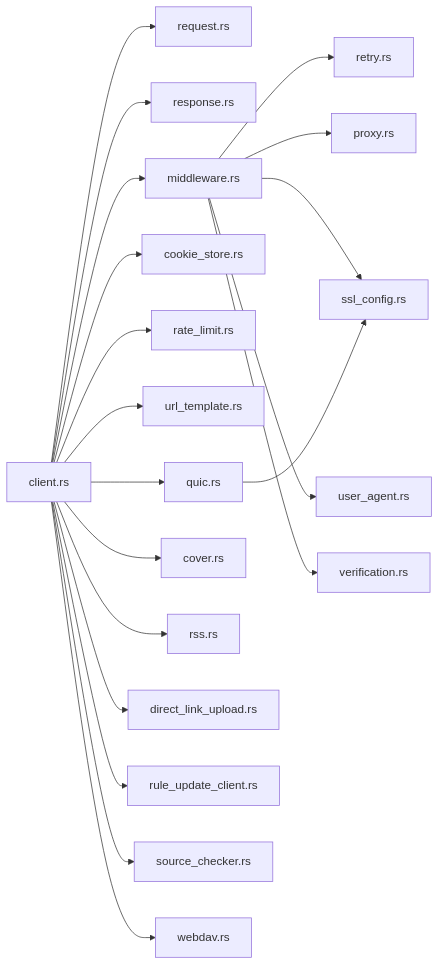
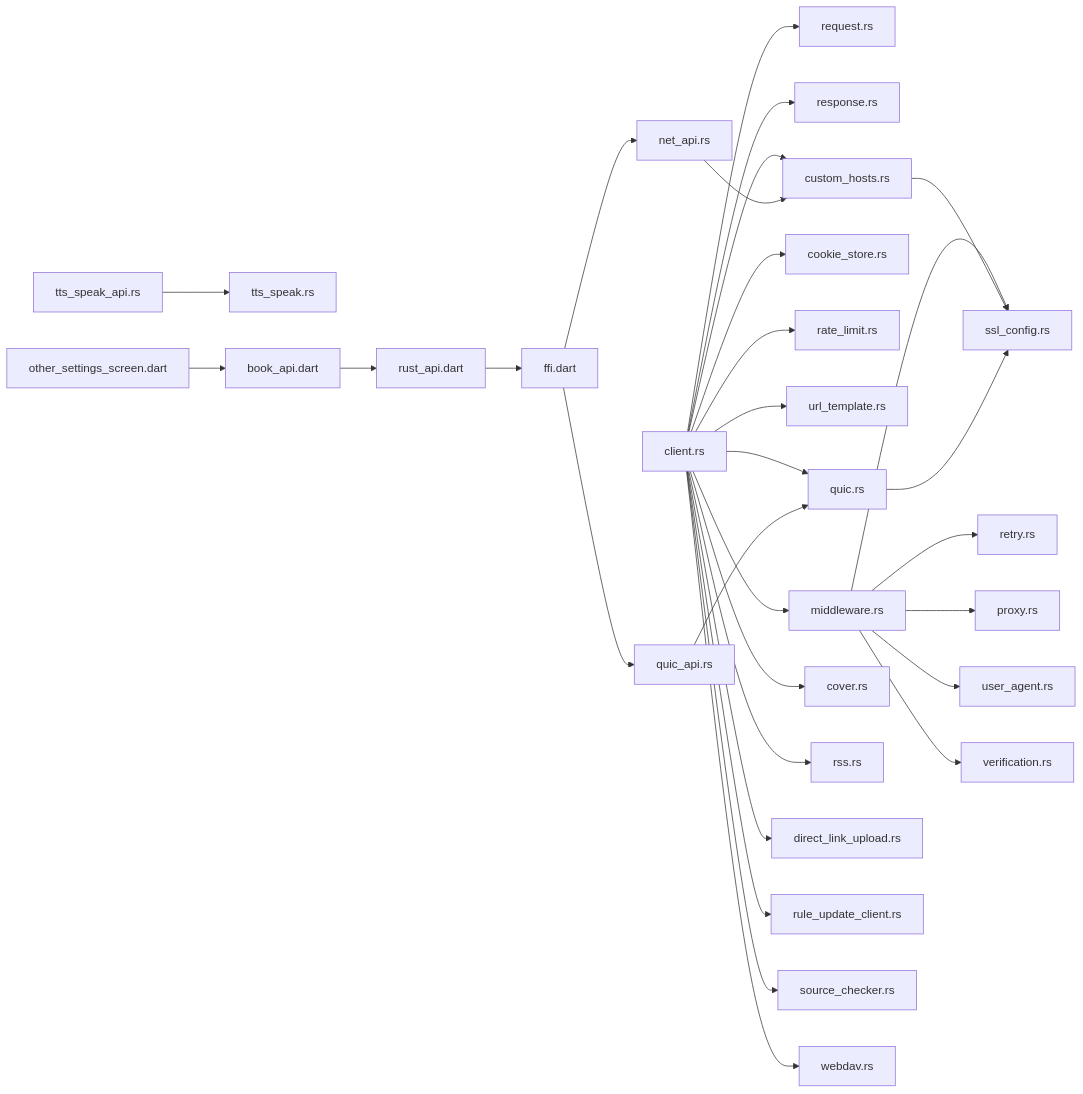
One commit to ZhangGHGitHub/LegadoTeamFlutter changed diagram 16 of 16 in .qoder/repowiki/zh/content/Rust核心库/网络层/网络层.md. Above: the diagram before and after it, drawn with Mermaid. The commit also changed other lines of this file and 173 other files, not shown here.

````diff
--- a/.qoder/repowiki/zh/content/Rust核心库/网络层/网络层.md
+++ b/.qoder/repowiki/zh/content/Rust核心库/网络层/网络层.md
@@ -471,22 +808,32 @@
 ```mermaid
 graph LR
 client["client.rs"] --> request["request.rs"]
 client --> response["response.rs"]
 client --> middleware["middleware.rs"]
 middleware --> retry["retry.rs"]
 middleware --> proxy["proxy.rs"]
 middleware --> ssl["ssl_config.rs"]
 middleware --> ua["user_agent.rs"]
 middleware --> verify["verification.rs"]
 client --> cookie["cookie_store.rs"]
 client --> ratelimit["rate_limit.rs"]
 client --> urltpl["url_template.rs"]
 client --> quic["quic.rs"]
+client --> customhosts["custom_hosts.rs"]
+customhosts --> ssl
 quic --> ssl
 client --> cover["cover.rs"]
 client --> rss["rss.rs"]
 client --> dlupload["direct_link_upload.rs"]
 client --> ruleup["rule_update_client.rs"]
 client --> srcchk["source_checker.rs"]
 client --> webdav["webdav.rs"]
+net_api["net_api.rs"] --> customhosts
+quic_api["quic_api.rs"] --> quic
+tts_api["tts_speak_api.rs"] --> tts_core["tts_speak.rs"]
+book_api["book_api.dart"] --> rust_api["rust_api.dart"]
+rust_api --> ffi["ffi.dart"]
+ffi --> net_api
+ffi --> quic_api
+other_settings["other_settings_screen.dart"] --> book_api
 ```
````
